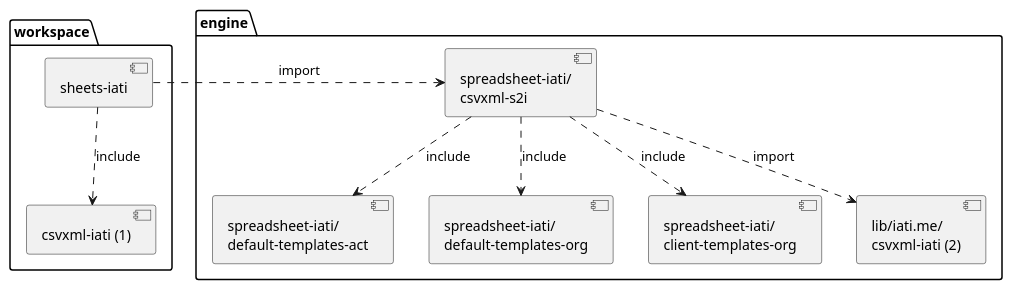
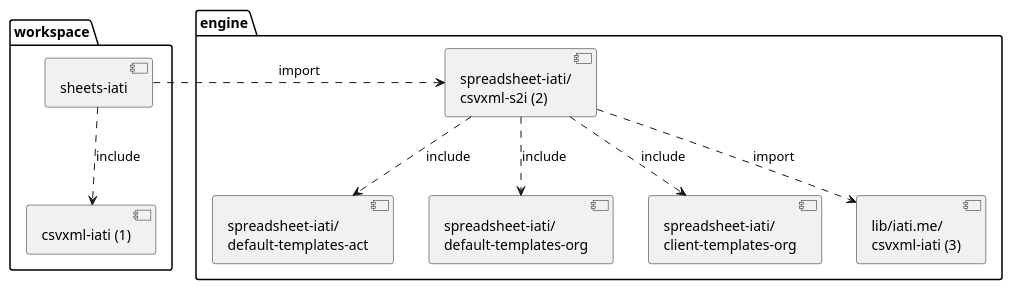
The diagram in docs/modules/spreadsheets2iati/pages/reference/client-configuration.adoc (zimmerman-team/iati-workbench), drawn with PlantUML before and after one commit. The commit also changed other lines of this file and 2 other files, not shown here.

Commit message:
feat: add custom configuration for specific client
Add templates and inclusion logic for Nuffic.

```diff
--- a/docs/modules/spreadsheets2iati/pages/reference/client-configuration.adoc
+++ b/docs/modules/spreadsheets2iati/pages/reference/client-configuration.adoc
@@ -20,15 +20,15 @@
 [plantuml]
 ----
 folder workspace {
     [sheets-iati] ..> [csvxml-iati (1)]: include
 }
 
 folder engine {
-    [spreadsheet-iati/\ncsvxml-s2i] ..> [spreadsheet-iati/\ndefault-templates-act]: include
-    [spreadsheet-iati/\ncsvxml-s2i] ..> [spreadsheet-iati/\ndefault-templates-org]: include
-    [spreadsheet-iati/\ncsvxml-s2i] ..> [spreadsheet-iati/\nclient-templates-org]: include
-    [spreadsheet-iati/\ncsvxml-s2i] ..> [lib/iati.me/\ncsvxml-iati (2)]: import
+    [spreadsheet-iati/\ncsvxml-s2i (2)] ..> [spreadsheet-iati/\ndefault-templates-act]: include
+    [spreadsheet-iati/\ncsvxml-s2i (2)] ..> [spreadsheet-iati/\ndefault-templates-org]: include
+    [spreadsheet-iati/\ncsvxml-s2i (2)] ..> [spreadsheet-iati/\nclient-templates-org]: include
+    [spreadsheet-iati/\ncsvxml-s2i (2)] ..> [lib/iati.me/\ncsvxml-iati (3)]: import
 }
 
-[sheets-iati] .> [spreadsheet-iati/\ncsvxml-s2i]: import
+[sheets-iati] .> [spreadsheet-iati/\ncsvxml-s2i (2)]: import
 ----
```
